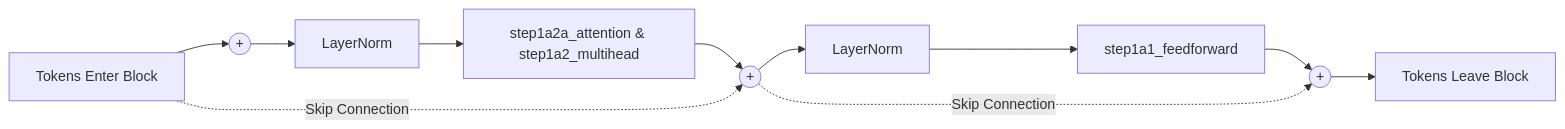
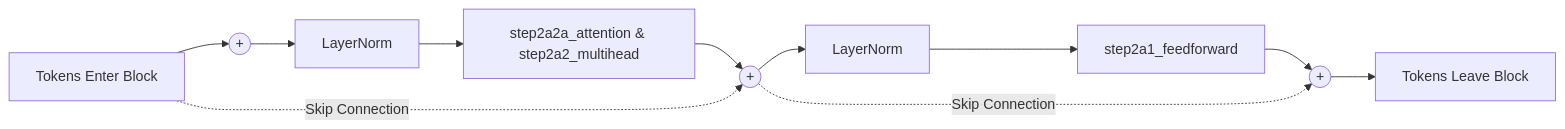
Before and after one commit to Rabbit-CollectiveScience/nano-gpt: the second of 3 diagrams in walkthrough.md, drawn with Mermaid. The commit also changed other lines of this file and 10 other files, not shown here.

Commit message:
revise the flow to include tokenization and output

````diff
--- a/walkthrough.md
+++ b/walkthrough.md
@@ -42,22 +42,22 @@
 ```mermaid
 flowchart LR
     Start[Tokens Enter Block] --> Add1((+))
     
     %% Path A: Communications
     Add1 --> LN1[LayerNorm]
-    LN1 --> SA[step1a2a_attention & step1a2_multihead]
+    LN1 --> SA[step2a2a_attention & step2a2_multihead]
     SA --> Add2((+))
     
     %% Residual Math
     Start -.->|Skip Connection| Add2
     
     %% Path B: Computation
     Add2 --> LN2[LayerNorm]
-    LN2 --> FF[step1a1_feedforward]
+    LN2 --> FF[step2a1_feedforward]
     FF --> Add3((+))
     
     %% Residual Math
     Add2 -.->|Skip Connection| Add3
     
     Add3 --> Finish[Tokens Leave Block]
 ```
````
